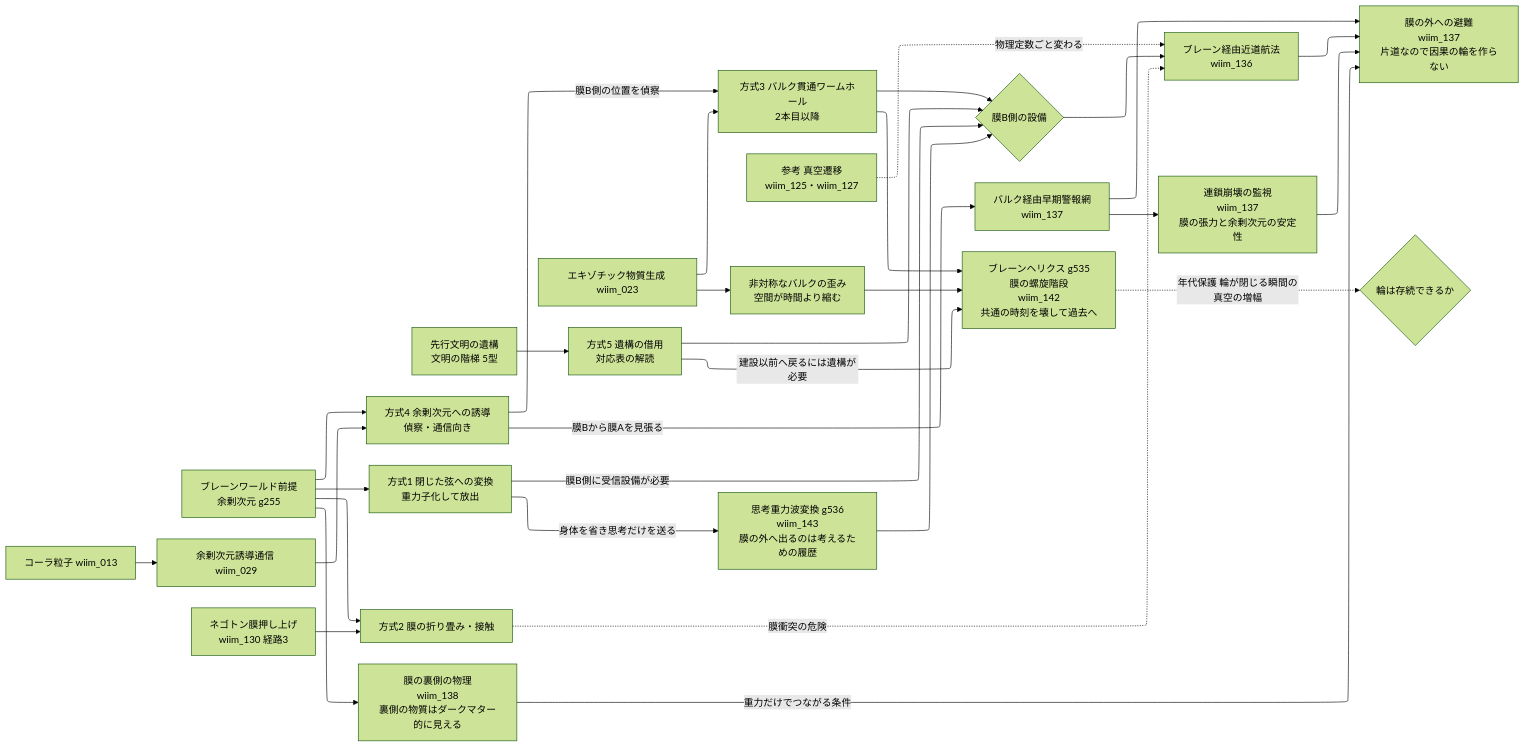
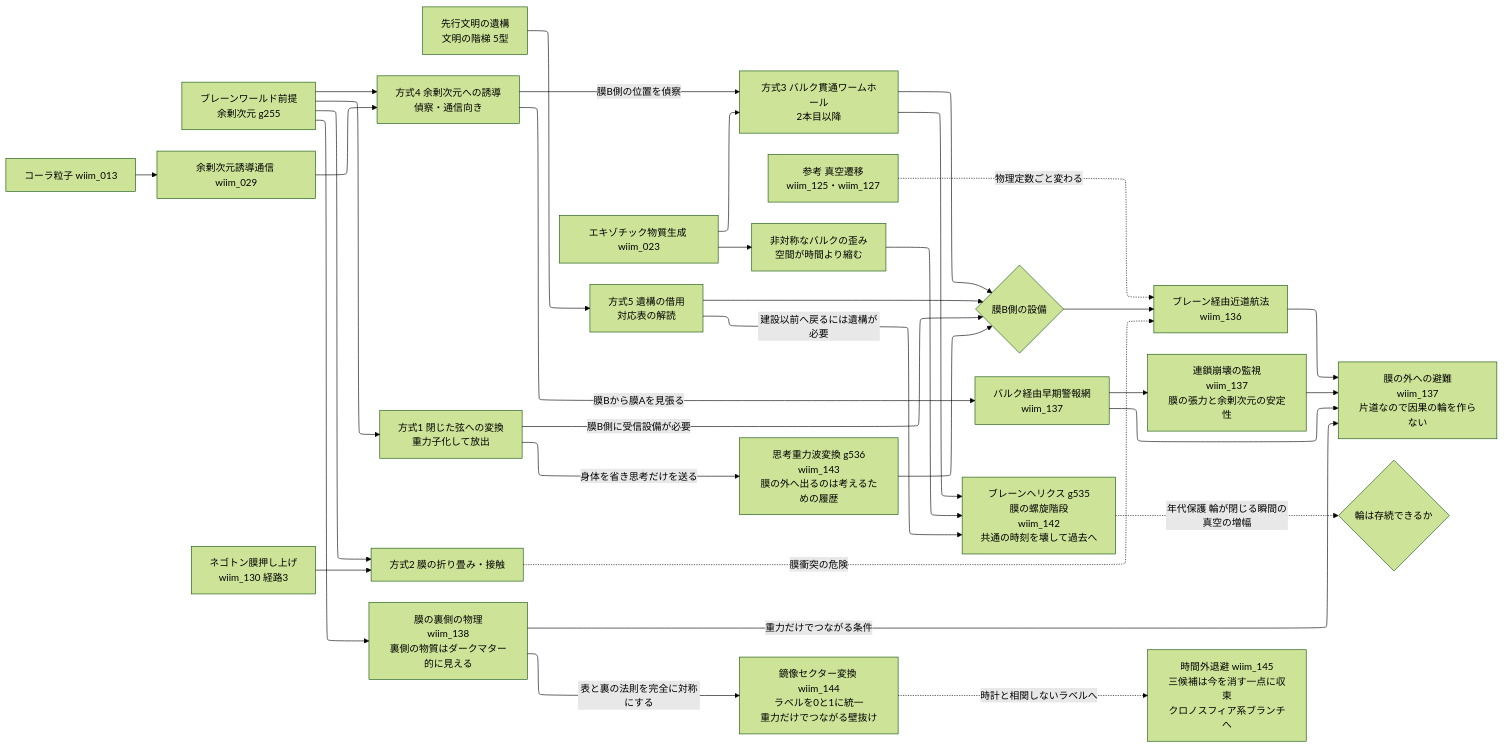
One commit to theronium/WhatIfImpossible changed the diagram in docs/notes/tech_tree_brane.md. Above: the diagram before and after it, drawn with Mermaid (forest theme). The commit also changed other lines of this file and 59 other files, not shown here.

````diff
--- a/docs/notes/tech_tree_brane.md
+++ b/docs/notes/tech_tree_brane.md
@@ -16,46 +16,52 @@
 ```mermaid
 %%{init: {"layout": "elk"}}%%
 flowchart LR
     SRC0["ブレーンワールド前提\n余剰次元 g255"]
     KORA["コーラ粒子 wiim_013"]
     K29["余剰次元誘導通信 wiim_029"]
     EXO["エキゾチック物質生成 wiim_023"]
     NEG["ネゴトン膜押し上げ\nwiim_130 経路3"]
     RELIC["先行文明の遺構\n文明の階梯 5型"]
 
     KORA --> K29
     SRC0 --> BR4["方式4 余剰次元への誘導\n偵察・通信向き"]
     K29 --> BR4
 
     SRC0 --> BR1["方式1 閉じた弦への変換\n重力子化して放出"]
     SRC0 --> BR2["方式2 膜の折り畳み・接触"]
     NEG --> BR2
 
     BR4 -->|"膜B側の位置を偵察"| BR3["方式3 バルク貫通ワームホール\n2本目以降"]
     EXO --> BR3
     BR1 -->|"膜B側に受信設備が必要"| RX{"膜B側の設備"}
     BR3 --> RX
 
     RELIC --> BR5["方式5 遺構の借用\n対応表の解読"]
     BR5 --> RX
 
     RX --> GOAL["ブレーン経由近道航法\nwiim_136"]
     BR2 -.->|"膜衝突の危険"| GOAL
 
     VAC["参考 真空遷移\nwiim_125・wiim_127"] -.->|"物理定数ごと変わる"| GOAL
 
     GOAL --> EVAC["膜の外への避難\nwiim_137\n片道なので因果の輪を作らない"]
     BR4 -->|"膜Bから膜Aを見張る"| WARN["バルク経由早期警報網\nwiim_137"]
     WARN --> EVAC
     CHAIN["連鎖崩壊の監視\nwiim_137\n膜の張力と余剰次元の安定性"] --> EVAC
     SRC0 --> BACK["膜の裏側の物理\nwiim_138\n裏側の物質はダークマター的に見える"]
     BACK -->|"重力だけでつながる条件"| EVAC
     WARN --> CHAIN
     ASYM["非対称なバルクの歪み\n空間が時間より縮む"] --> STAIR
     EXO --> ASYM
     BR3 --> STAIR["ブレーンヘリクス g535\n膜の螺旋階段\nwiim_142\n共通の時刻を壊して過去へ"]
     BR5 -->|"建設以前へ戻るには遺構が必要"| STAIR
     BR1 -->|"身体を省き思考だけを送る"| THGW["思考重力波変換 g536\nwiim_143\n膜の外へ出るのは考えるための履歴"]
     THGW --> RX
+    BACK -->|"表と裏の法則を完全に対称にする"| MIRR["鏡像セクター変換 wiim_144
+ラベルを0と1に統一
+重力だけでつながる壁抜け"]
+    MIRR -.->|"時計と相関しないラベルへ"| TIMEOUT["時間外退避 wiim_145
+三候補は今を消す一点に収束
+クロノスフィア系ブランチへ"]
     STAIR -.->|"年代保護 輪が閉じる瞬間の真空の増幅"| CPC{"輪は存続できるか"}
 ```
````
